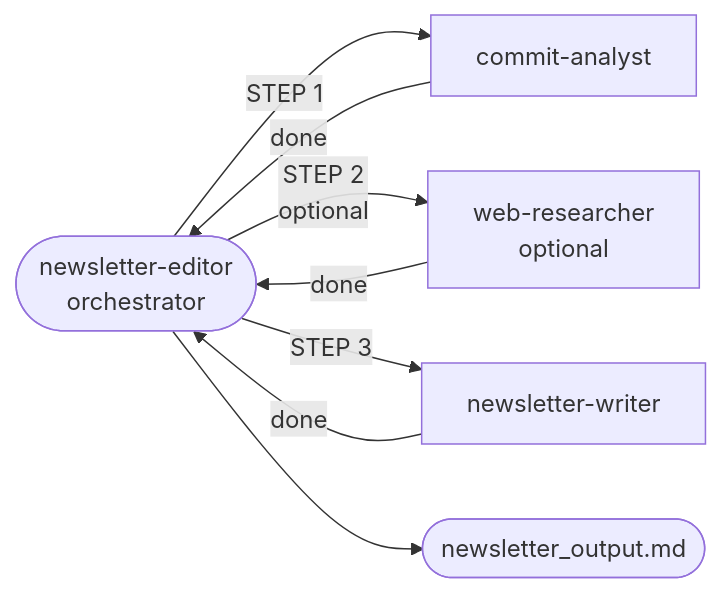
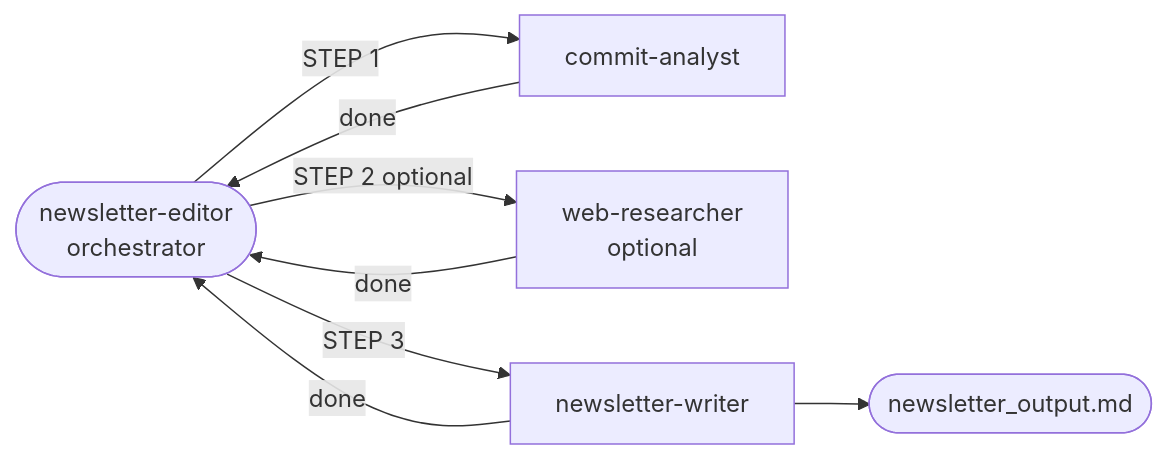
One commit to macintorsten/git-newsletter changed the diagram in README.md. Above: the diagram before and after it, drawn with Mermaid. The commit also changed 1 other file, not shown here.

Commit message:
Fix Mermaid diagrams: replace \\n with br, fix output node ownership

````diff
--- a/README.md
+++ b/README.md
@@ -18,16 +18,16 @@
 ```mermaid
 flowchart LR
-    Editor(["newsletter-editor\norchestrator"])
+    Editor(["newsletter-editor<br/>orchestrator"])
     Analyst["commit-analyst"]
-    Researcher["web-researcher\noptional"]
+    Researcher["web-researcher<br/>optional"]
     Writer["newsletter-writer"]
     Output([newsletter_output.md])
 
     Editor -->|"STEP 1"| Analyst
     Analyst -->|done| Editor
-    Editor -->|"STEP 2\noptional"| Researcher
+    Editor -->|"STEP 2 optional"| Researcher
     Researcher -->|done| Editor
     Editor -->|"STEP 3"| Writer
+    Writer --> Output
     Writer -->|done| Editor
-    Editor --> Output
 ```
````
